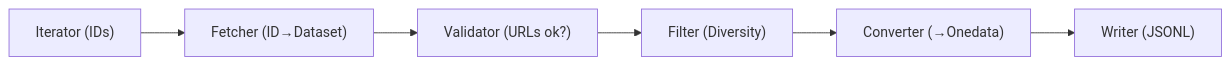
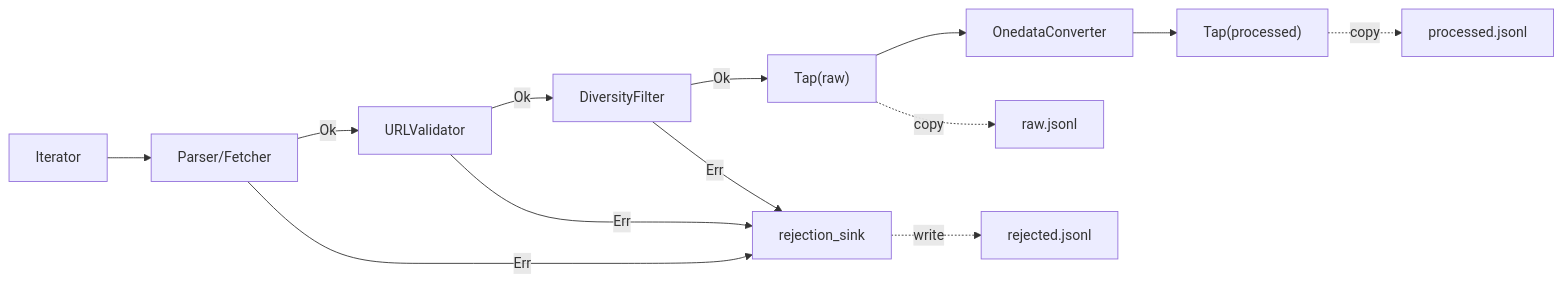
Before and after one commit to bergamote156/repository-crawlers: the diagram in crawlers/docs/arch/processors.md, drawn with Mermaid. The commit also changed other lines of this file and 16 other files, not shown here.

````diff
--- a/crawlers/docs/arch/processors.md
+++ b/crawlers/docs/arch/processors.md
@@ -385,8 +389,15 @@
 ```mermaid
 graph LR
-    Iterator["Iterator (IDs)"] --> Fetcher["Fetcher (ID→Dataset)"] 
-    Fetcher --> Validator["Validator (URLs ok?)"]
-    Validator --> Filter["Filter (Diversity)"]
-    Filter --> Converter["Converter (→Onedata)"]
-    Converter --> Writer["Writer (JSONL)"]
+    Iterator --> Parser["Parser/Fetcher"]
+    Parser -->|Ok| Validator["URLValidator"]
+    Parser -->|Err| Rejected["rejection_sink"]
+    Validator -->|Ok| Filter["DiversityFilter"]
+    Validator -->|Err| Rejected
+    Filter -->|Ok| TapRaw["Tap(raw)"]
+    Filter -->|Err| Rejected
+    TapRaw --> Converter["OnedataConverter"]
+    Converter --> TapProc["Tap(processed)"]
+    TapRaw -.->|copy| RawFile["raw.jsonl"]
+    TapProc -.->|copy| ProcFile["processed.jsonl"]
+    Rejected -.->|write| RejFile["rejected.jsonl"]
 ```
````
